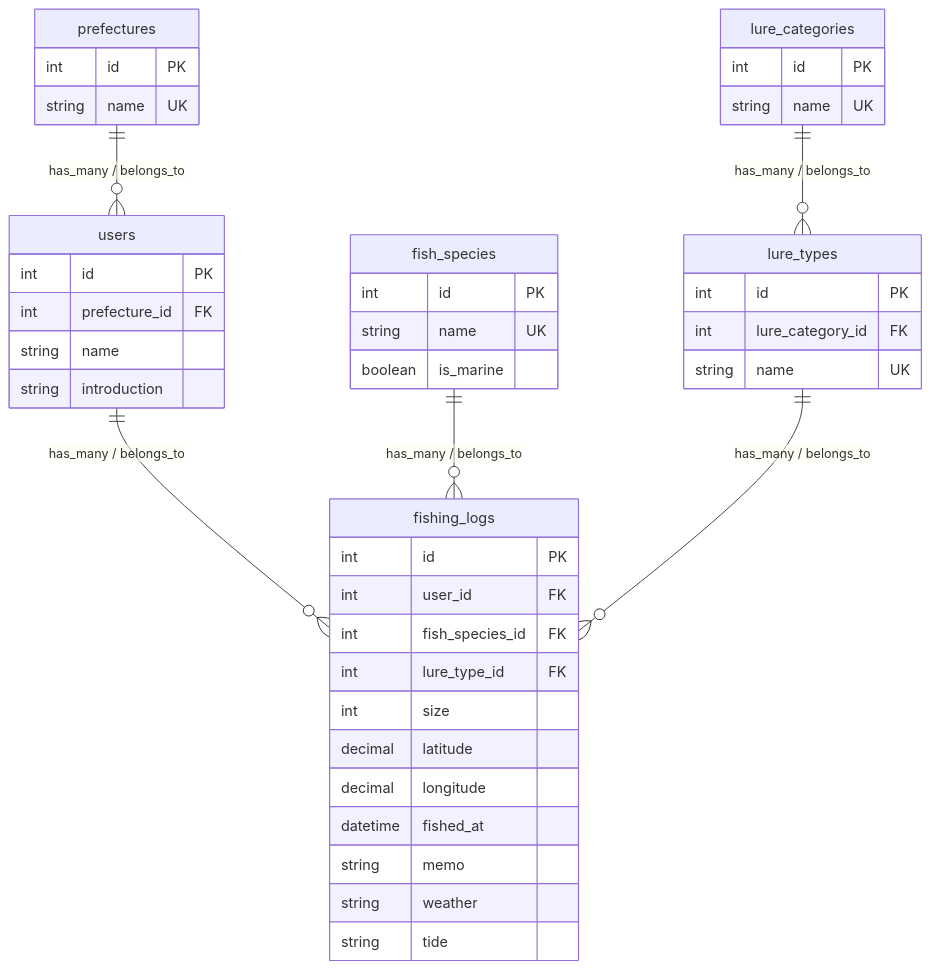
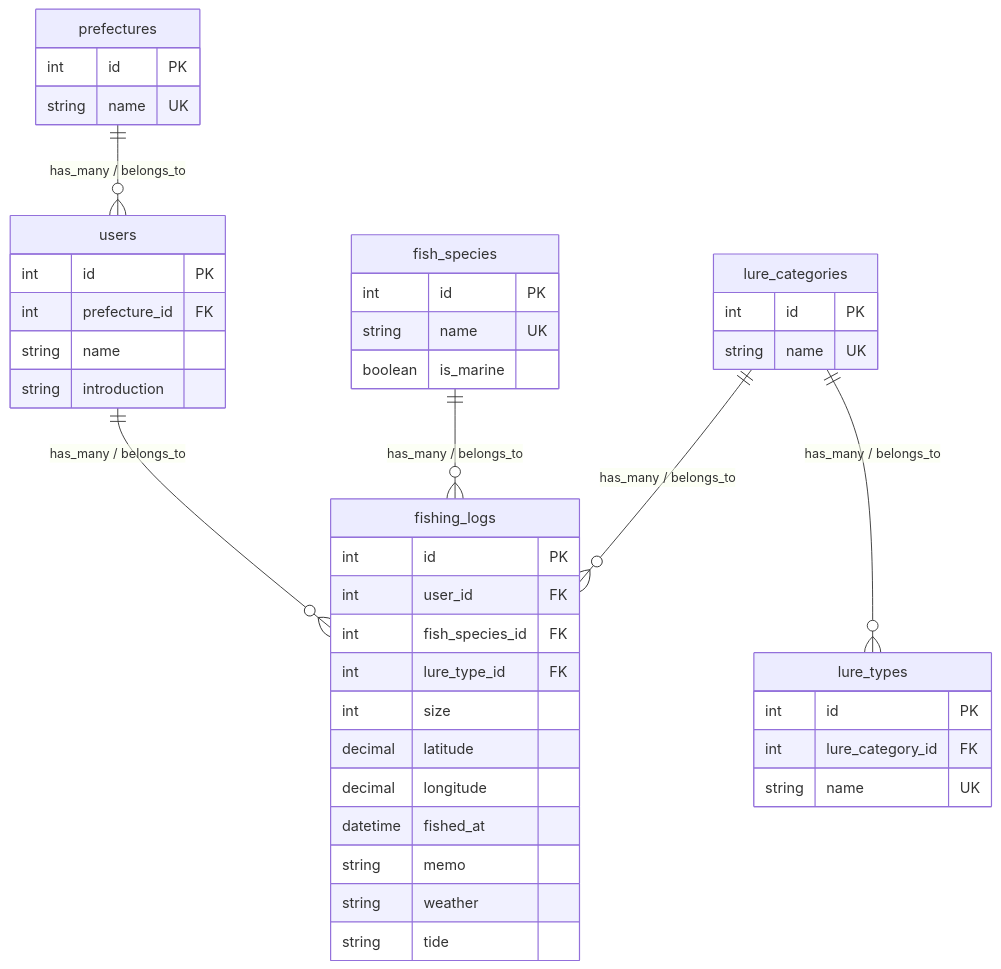
One commit to yusakumer/fishing_app changed the diagram in README.md. Above: the diagram before and after it, drawn with Mermaid.

Commit message:
ER図変更

````diff
--- a/README.md
+++ b/README.md
@@ -1,52 +1,52 @@
 ```mermaid
 erDiagram
 
     prefectures ||--o{ users : "has_many / belongs_to"
     users ||--o{ fishing_logs : "has_many / belongs_to"
     fish_species ||--o{ fishing_logs : "has_many / belongs_to"
     lure_categories ||--o{ lure_types : "has_many / belongs_to"
-    lure_types ||--o{ fishing_logs : "has_many / belongs_to"
+    lure_categories ||--o{ fishing_logs : "has_many / belongs_to"
 
     prefectures {
         int id PK
         string name UK
     }
 
     users {
         int id PK
         int prefecture_id FK
         string name
         string introduction
     }
 
     fishing_logs {
         int id PK
         int user_id FK
         int fish_species_id FK
         int lure_type_id FK
         int size
         decimal latitude
         decimal longitude
         datetime fished_at
         string memo
         string weather
         string tide
     }
 
     fish_species {
         int id PK
         string name UK
         boolean is_marine
     }
 
     lure_categories {
         int id PK
         string name UK
     }
 
     lure_types {
         int id PK
         int lure_category_id FK
         string name UK
     }
 ```
````
